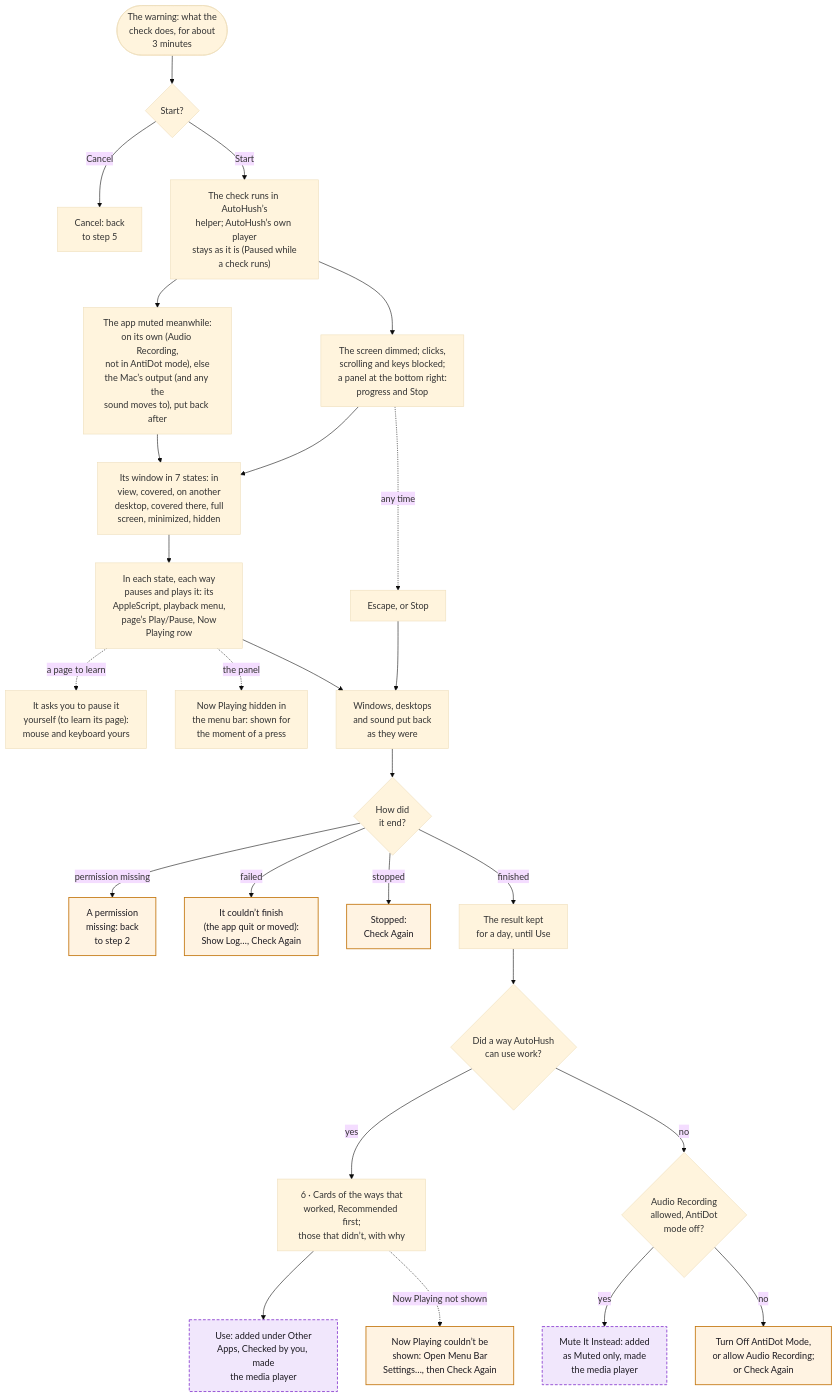
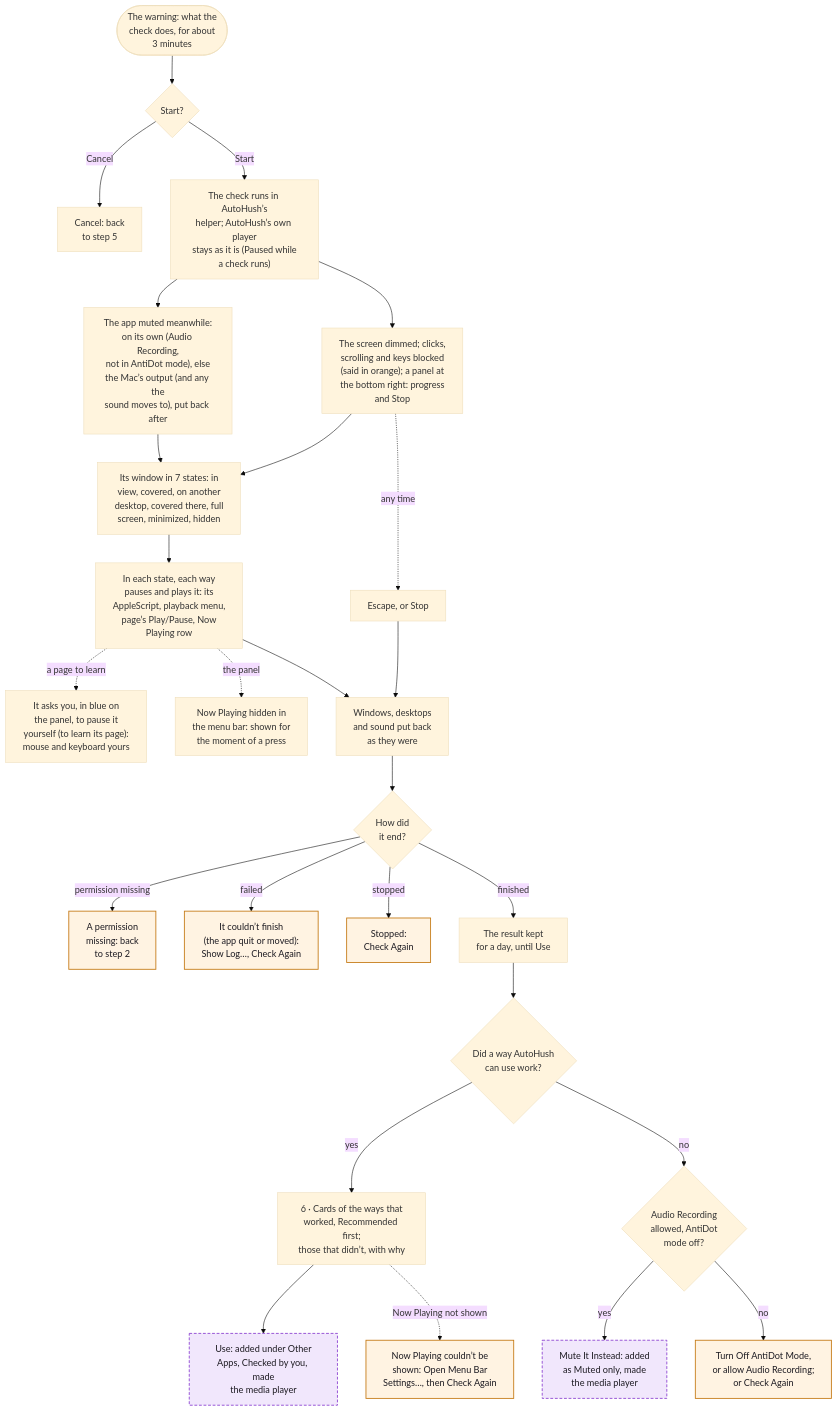
Before and after one commit to hfustercabre/AutoHush: the tenth of 14 diagrams in WORKFLOWS.md, drawn with Mermaid (base theme). The commit also changed 7 other files, not shown here.

````diff
--- a/WORKFLOWS.md
+++ b/WORKFLOWS.md
@@ -491,56 +491,56 @@
 ```mermaid
 flowchart TD
   WARN(["The warning: what the<br/>check does, for about<br/>3 minutes"])
   GO{"Start?"}
   BACK["Cancel: back<br/>to step 5"]
   RUN["The check runs in AutoHush’s<br/>helper; AutoHush’s own player<br/>stays as it is (Paused while<br/>a check runs)"]
-  BLOCK["The screen dimmed; clicks,<br/>scrolling and keys blocked;<br/>a panel at the bottom right:<br/>progress and Stop"]
+  BLOCK["The screen dimmed; clicks,<br/>scrolling and keys blocked<br/>(said in orange); a panel at<br/>the bottom right: progress<br/>and Stop"]
   MUTE["The app muted meanwhile:<br/>on its own (Audio Recording,<br/>not in AntiDot mode), else<br/>the Mac’s output (and any the<br/>sound moves to), put back after"]
   STATES["Its window in 7 states: in<br/>view, covered, on another<br/>desktop, covered there, full<br/>screen, minimized, hidden"]
   WAYS["In each state, each way<br/>pauses and plays it: its<br/>AppleScript, playback menu,<br/>page’s Play/Pause, Now<br/>Playing row"]
-  ASK["It asks you to pause it<br/>yourself (to learn its page):<br/>mouse and keyboard yours"]
+  ASK["It asks you, in blue on<br/>the panel, to pause it<br/>yourself (to learn its page):<br/>mouse and keyboard yours"]
   SHOW["Now Playing hidden in<br/>the menu bar: shown for<br/>the moment of a press"]
   STOP["Escape, or Stop"]
   PUT["Windows, desktops<br/>and sound put back<br/>as they were"]
   HOW{"How did<br/>it end?"}
   PERM["A permission<br/>missing: back<br/>to step 2"]
   FAIL["It couldn’t finish<br/>(the app quit or moved):<br/>Show Log…, Check Again"]
   STOPPED["Stopped:<br/>Check Again"]
   KEEP["The result kept<br/>for a day, until Use"]
   ANY{"Did a way AutoHush<br/>can use work?"}
   CARDS["6 · Cards of the ways that<br/>worked, Recommended first;<br/>those that didn’t, with why"]
   USE["Use: added under Other<br/>Apps, Checked by you, made<br/>the media player"]
   NPH["Now Playing couldn’t be<br/>shown: Open Menu Bar<br/>Settings…, then Check Again"]
   MUT{"Audio Recording<br/>allowed, AntiDot<br/>mode off?"}
   MII["Mute It Instead: added<br/>as Muted only, made<br/>the media player"]
   ANTI["Turn Off AntiDot Mode,<br/>or allow Audio Recording;<br/>or Check Again"]
 
   WARN --> GO
   GO -->|"Cancel"| BACK
   GO -->|"Start"| RUN
   RUN --> BLOCK
   RUN --> MUTE
   BLOCK --> STATES
   MUTE --> STATES
   STATES --> WAYS
   WAYS -.->|"a page to learn"| ASK
   WAYS -.->|"the panel"| SHOW
   BLOCK -.->|"any time"| STOP
   STOP --> PUT
   WAYS --> PUT
   PUT --> HOW
   HOW -->|"finished"| KEEP --> ANY
   HOW -->|"permission missing"| PERM
   HOW -->|"failed"| FAIL
   HOW -->|"stopped"| STOPPED
   ANY -->|"yes"| CARDS --> USE
   CARDS -.->|"Now Playing not shown"| NPH
   ANY -->|"no"| MUT
   MUT -->|"yes"| MII
   MUT -->|"no"| ANTI
 
   class USE,MII ref
   class FAIL,STOPPED,PERM,NPH,ANTI warn
   classDef ref fill:#f1e7fc,stroke:#8a3fd1,stroke-width:1.5px,stroke-dasharray: 5 3,color:#1d1b22
   classDef warn fill:#fff3e2,stroke:#c47812,stroke-width:1.5px,color:#1d1b22
 ```
````
